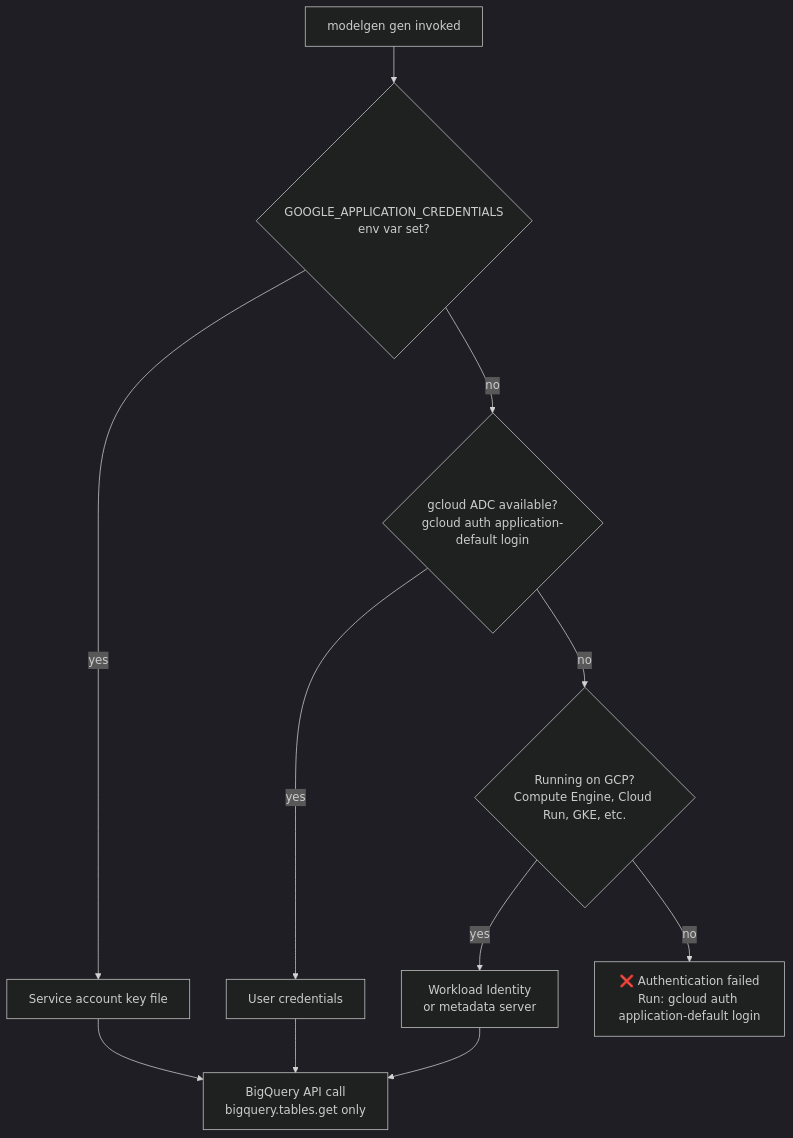
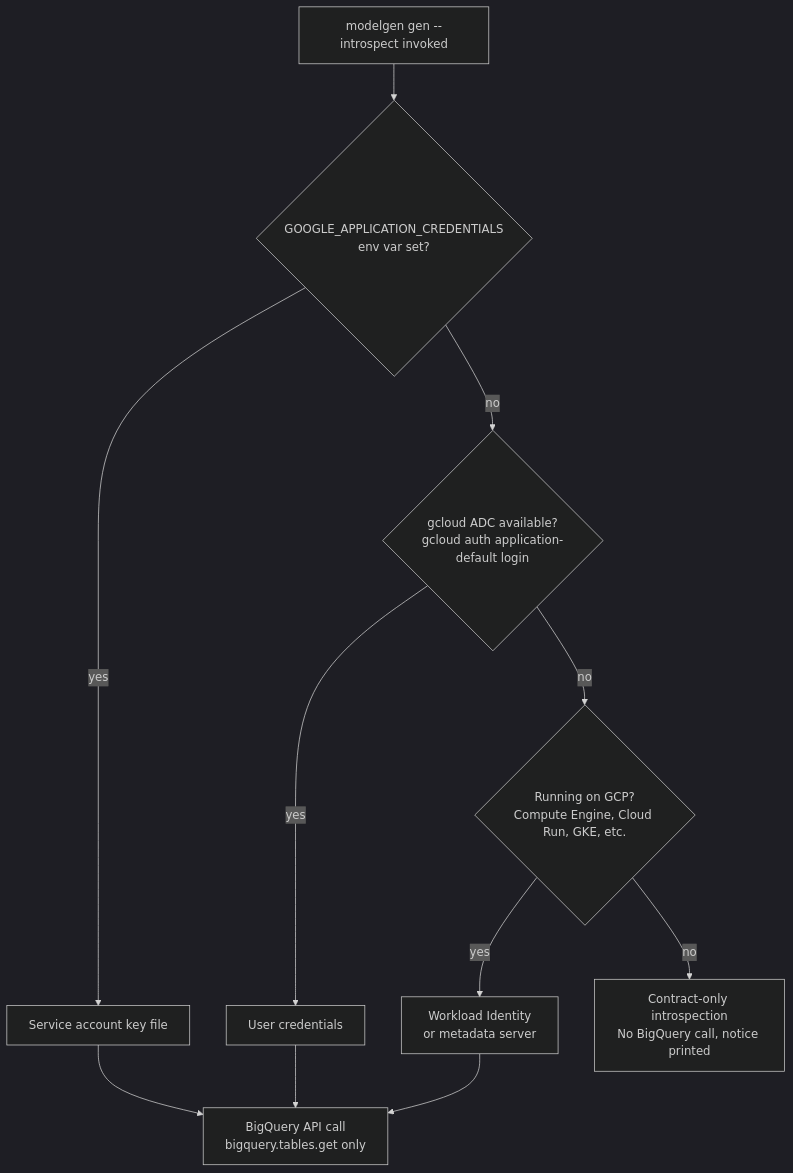
The first of 2 diagrams in docs/security.md (wraith-proxy/wraith-modelgen), drawn with Mermaid (dark theme) before and after one commit. The commit also changed other lines of this file and 62 other files, not shown here.

````diff
--- a/docs/security.md
+++ b/docs/security.md
@@ -11,14 +11,14 @@
 ```mermaid
 flowchart TD
-    A["modelgen gen invoked"] --> B{"GOOGLE_APPLICATION_CREDENTIALS\nenv var set?"}
+    A["modelgen gen --introspect invoked"] --> B{"GOOGLE_APPLICATION_CREDENTIALS\nenv var set?"}
     B -->|yes| C["Service account key file"]
     B -->|no| D{"gcloud ADC available?\ngcloud auth application-default login"}
     D -->|yes| E["User credentials"]
     D -->|no| F{"Running on GCP?\nCompute Engine, Cloud Run, GKE, etc."}
     F -->|yes| G["Workload Identity\nor metadata server"]
-    F -->|no| H["❌ Authentication failed\nRun: gcloud auth application-default login"]
+    F -->|no| H["Contract-only introspection\nNo BigQuery call, notice printed"]
 
     C --> Z["BigQuery API call\nbigquery.tables.get only"]
     E --> Z
     G --> Z
 ```
````
